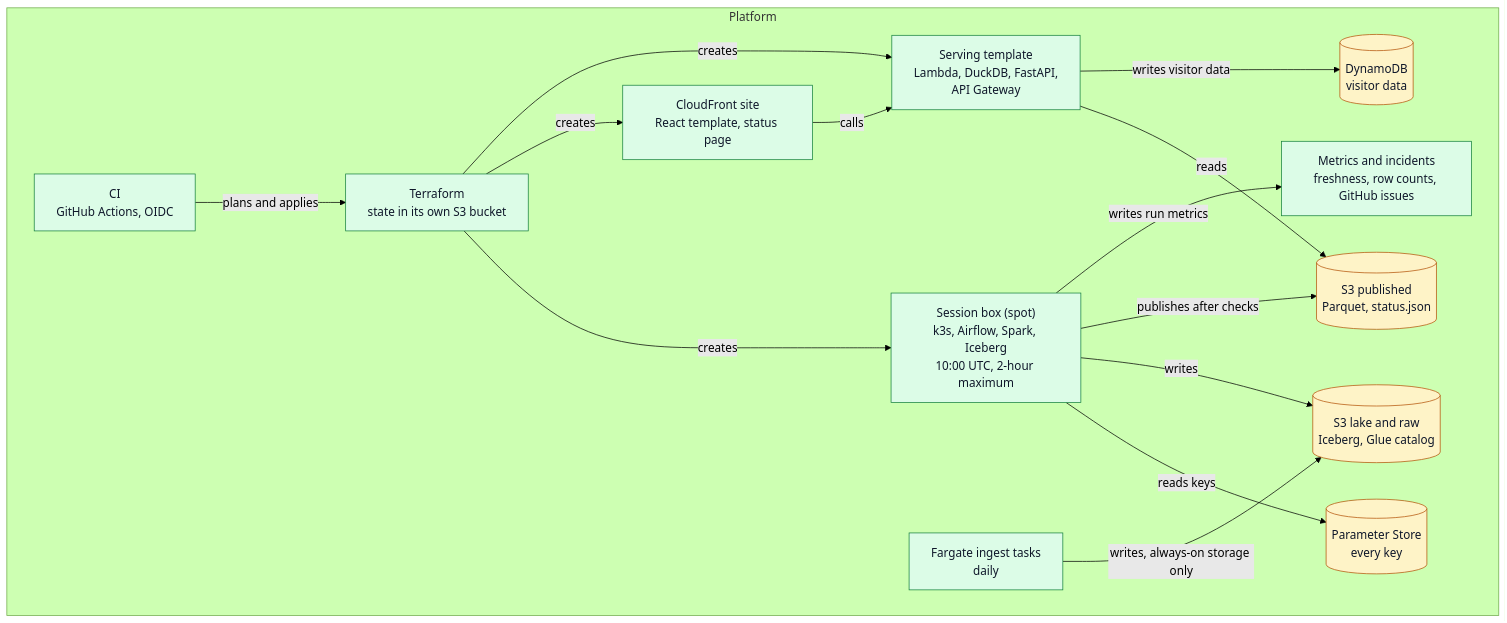
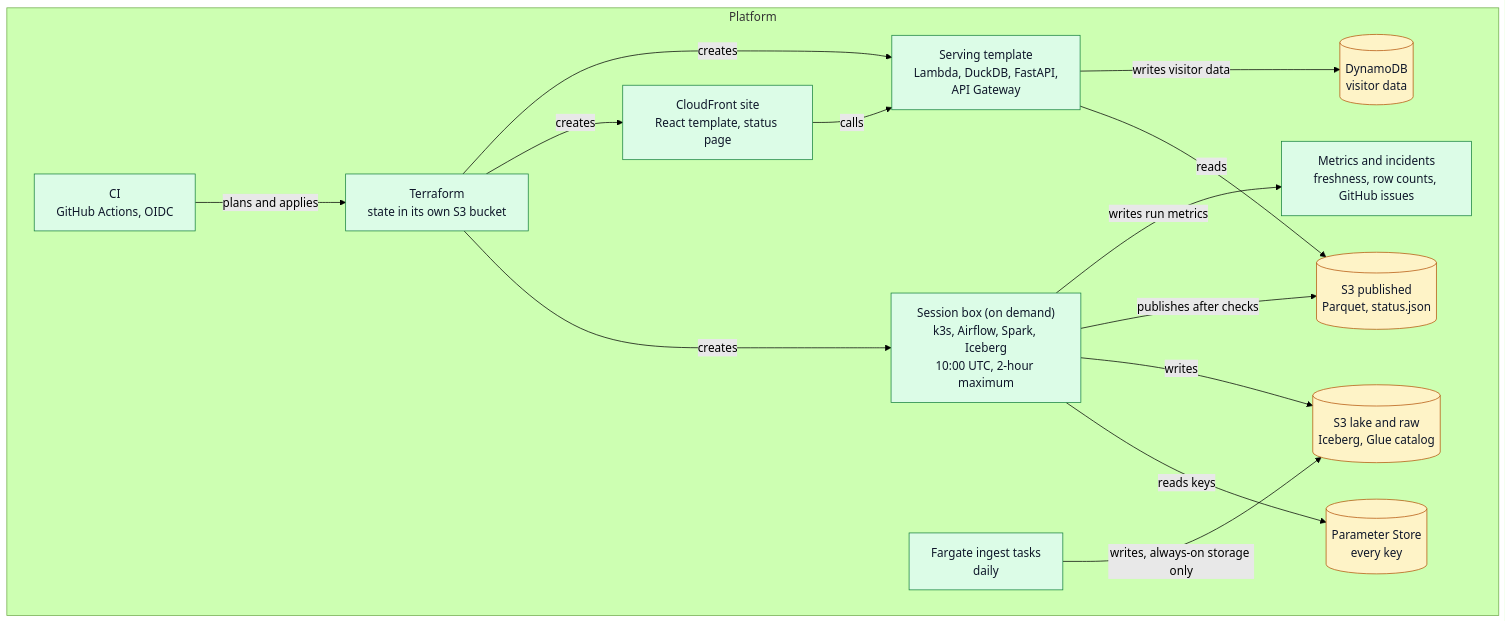
Before and after one commit to John-Wasikye/will-i-have-signal-out-there: the second of 5 diagrams in docs/platform/design-doc.md, drawn with Mermaid (forest theme). The commit also changed other lines of this file and 11 other files, not shown here.

First line of the commit message:
Record the on-demand session box in the docs (ADR-0033)

````diff
--- a/docs/platform/design-doc.md
+++ b/docs/platform/design-doc.md
@@ -121,43 +121,43 @@
 ```mermaid
 flowchart TB
   subgraph PL["Platform"]
     ci["`CI
 GitHub Actions, OIDC`"]:::cont
     tf["`Terraform
 state in its own S3 bucket`"]:::cont
-    box["`Session box (spot)
+    box["`Session box (on demand)
 k3s, Airflow, Spark, Iceberg
 10:00 UTC, 2-hour maximum`"]:::cont
     ps[("`Parameter Store
 every key`")]:::store
     lake[("`S3 lake and raw
 Iceberg, Glue catalog`")]:::store
     pub[("`S3 published
 Parquet, status.json`")]:::store
     site["`CloudFront site
 React template, status page`"]:::cont
     api["`Serving template
 Lambda, DuckDB, FastAPI,
 API Gateway`"]:::cont
     ing["`Fargate ingest tasks
 daily`"]:::cont
     ddb[("`DynamoDB
 visitor data`")]:::store
     mon["`Metrics and incidents
 freshness, row counts, GitHub issues`"]:::cont
   end
   ci -->|"plans and applies"| tf
   tf -->|"creates"| box
   tf -->|"creates"| site
   tf -->|"creates"| api
   box -->|"reads keys"| ps
   box -->|"writes"| lake
   box -->|"publishes after checks"| pub
   box -->|"writes run metrics"| mon
   api -->|"reads"| pub
   api -->|"writes visitor data"| ddb
   site -->|"calls"| api
   ing -->|"writes, always-on storage only"| lake
   classDef cont fill:#dcfce7,stroke:#15803d,color:#0f172a
   classDef store fill:#fef3c7,stroke:#b45309,color:#0f172a
 ```
````
